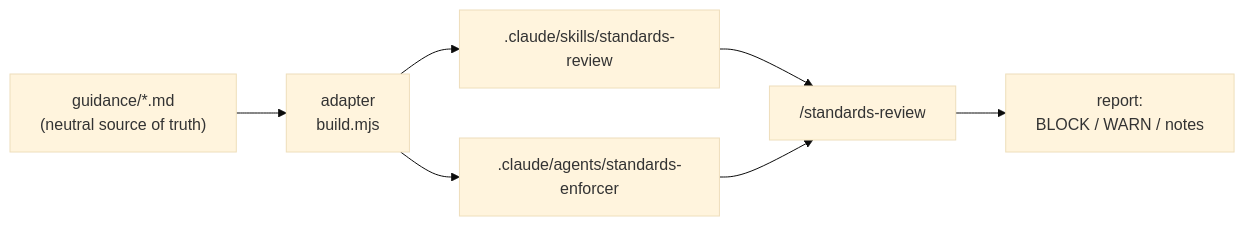
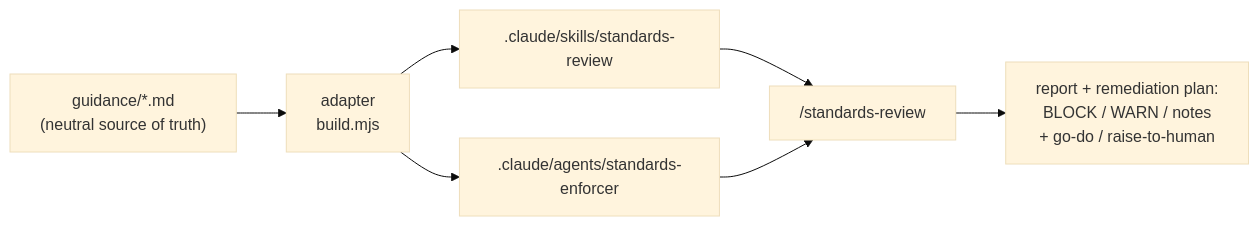
One commit to adam-flores/org-engineering-config changed the first of 3 diagrams in docs/HOW-TO-USE.md. Above: the diagram before and after it, drawn with Mermaid (base theme). The commit also changed other lines of this file and 7 other files, not shown here.

First line of the commit message:
Add coding-agent remediation plan to reviewer output

````diff
--- a/docs/HOW-TO-USE.md
+++ b/docs/HOW-TO-USE.md
@@ -22,9 +22,9 @@
 ```mermaid
 flowchart LR
   G["guidance/*.md<br/>(neutral source of truth)"] --> AD["adapter<br/>build.mjs"]
   AD --> SK[".claude/skills/standards-review"]
   AD --> AG[".claude/agents/standards-enforcer"]
   SK --> RV["/standards-review"]
   AG --> RV
-  RV --> REP["report:<br/>BLOCK / WARN / notes"]
+  RV --> REP["report + remediation plan:<br/>BLOCK / WARN / notes<br/>+ go-do / raise-to-human"]
 ```
````
